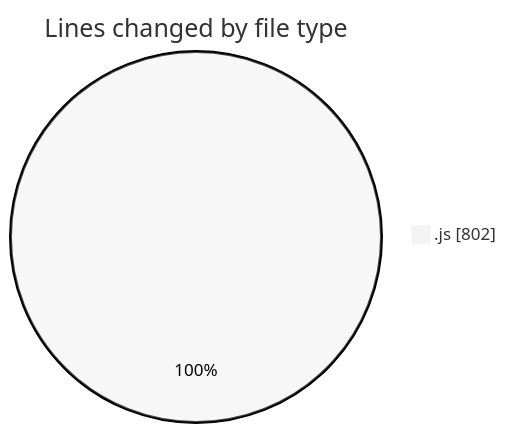
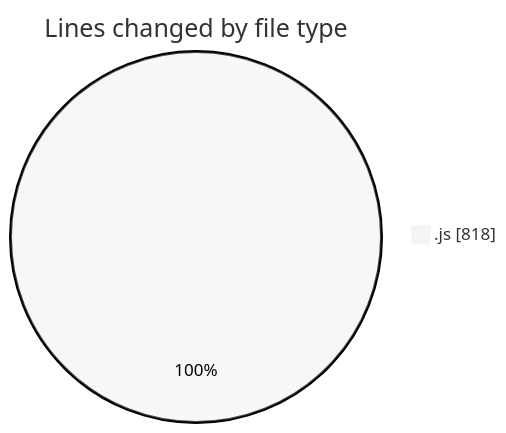
Before and after one commit to nxtqubesakshisongat/code-tracking: the first of 2 diagrams in 2025-09-09/cashcalculator/README.md, drawn with Mermaid (neutral theme). The commit also changed other lines of this file and 1 other file, not shown here.

````diff
--- a/2025-09-09/cashcalculator/README.md
+++ b/2025-09-09/cashcalculator/README.md
@@ -20,5 +20,5 @@
 ```mermaid
 pie showData
 title Lines changed by file type
-".js" : 802
+".js" : 818
 ```
````
